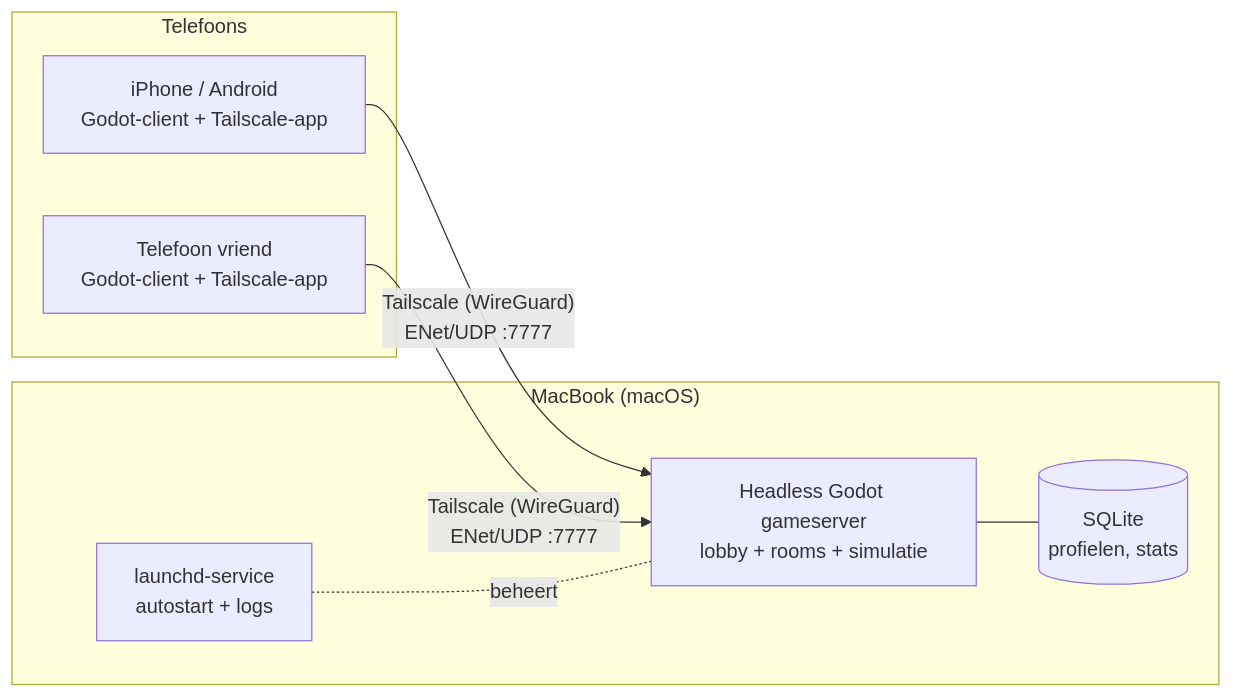
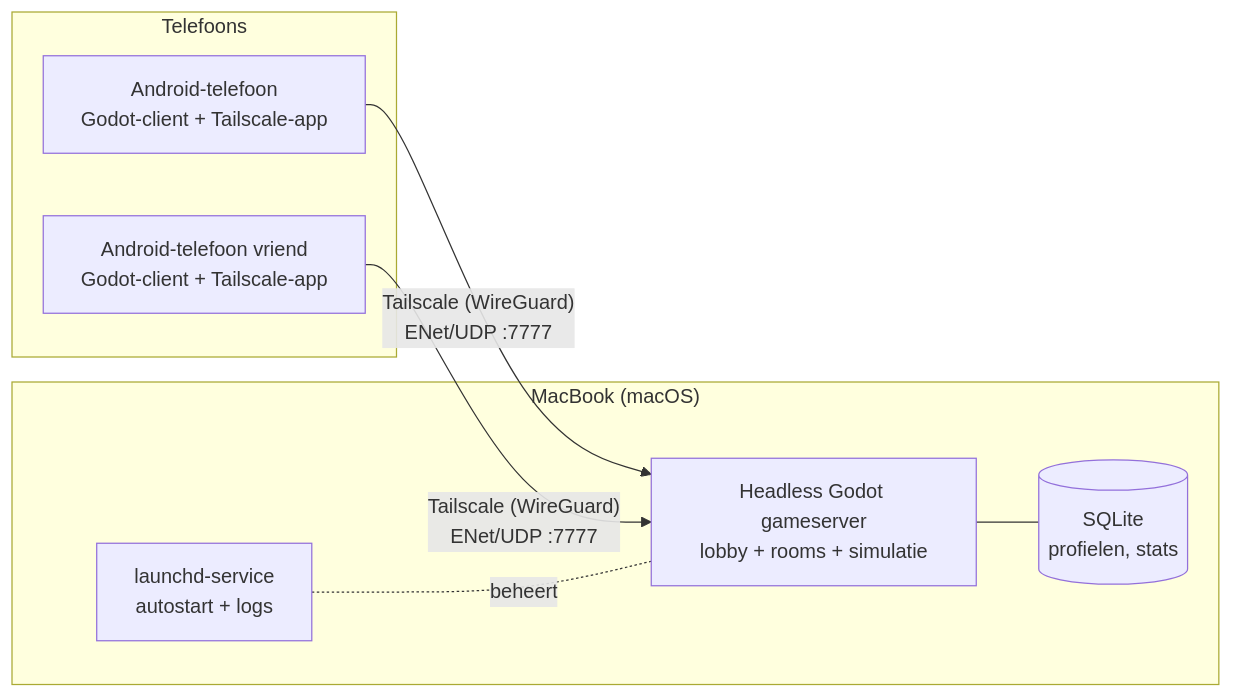
Before and after one commit to WillemDN/TD: the diagram in docs/PLAN.md, drawn with Mermaid. The commit also changed other lines of this file, not shown here.

First line of the commit message:
Record decisions in plan: Android only, 1-4 co-op, Classic + Modern modes, 3D low-poly

````diff
--- a/docs/PLAN.md
+++ b/docs/PLAN.md
@@ -47,16 +50,16 @@
 ```mermaid
 flowchart LR
   subgraph Telefoons
-    A[iPhone / Android<br/>Godot-client + Tailscale-app]
-    B[Telefoon vriend<br/>Godot-client + Tailscale-app]
+    A[Android-telefoon<br/>Godot-client + Tailscale-app]
+    B[Android-telefoon vriend<br/>Godot-client + Tailscale-app]
   end
   subgraph Mac["MacBook (macOS)"]
     S[Headless Godot gameserver<br/>lobby + rooms + simulatie]
     D[(SQLite<br/>profielen, stats)]
     L[launchd-service<br/>autostart + logs]
   end
   A -- "Tailscale (WireGuard)<br/>ENet/UDP :7777" --> S
   B -- "Tailscale (WireGuard)<br/>ENet/UDP :7777" --> S
   S --- D
   L -.beheert.- S
 ```
````
